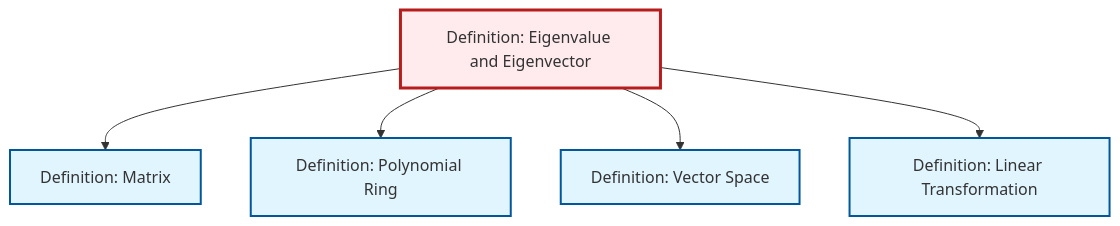
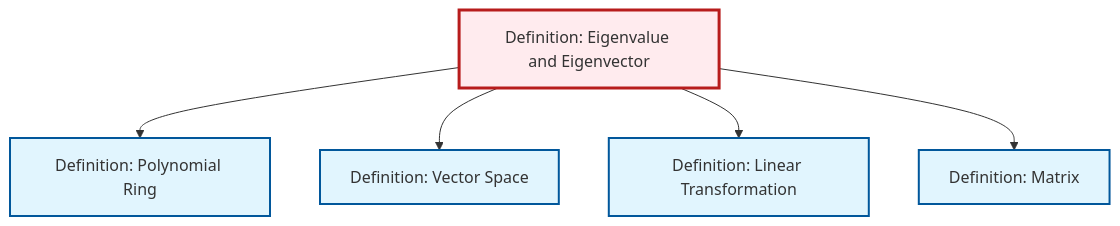
One commit to RK0429/ModernMath changed the diagram in content/en/algebra/def-eigenvalue-eigenvector.qmd. Above: the diagram before and after it, drawn with Mermaid. The commit also changed other lines of this file and 474 other files, not shown here.

````diff
--- a/content/en/algebra/def-eigenvalue-eigenvector.qmd
+++ b/content/en/algebra/def-eigenvalue-eigenvector.qmd
@@ -73,23 +73,23 @@
 ```{mermaid}
 %%| fig-cap: "Local dependency graph"
 graph TD
     classDef definition fill:#e1f5fe,stroke:#01579b,stroke-width:2px
     classDef theorem fill:#f3e5f5,stroke:#4a148c,stroke-width:2px
     classDef axiom fill:#fff3e0,stroke:#e65100,stroke-width:2px
     classDef example fill:#e8f5e9,stroke:#1b5e20,stroke-width:2px
     classDef current fill:#ffebee,stroke:#b71c1c,stroke-width:3px
+    def-polynomial-ring["Definition: Polynomial Ring"]:::definition
     def-linear-transformation["Definition: Linear Transformation"]:::definition
-    def-eigenvalue-eigenvector["Definition: Eigenvalue and Eigenvector"]:::definition
-    def-polynomial-ring["Definition: Polynomial Ring"]:::definition
     def-vector-space["Definition: Vector Space"]:::definition
     def-matrix["Definition: Matrix"]:::definition
-    def-eigenvalue-eigenvector --> def-matrix
+    def-eigenvalue-eigenvector["Definition: Eigenvalue and Eigenvector"]:::definition
     def-eigenvalue-eigenvector --> def-polynomial-ring
     def-eigenvalue-eigenvector --> def-vector-space
     def-eigenvalue-eigenvector --> def-linear-transformation
+    def-eigenvalue-eigenvector --> def-matrix
     class def-eigenvalue-eigenvector current
+    click def-polynomial-ring "def-polynomial-ring.html" "Go to Polynomial Ring definition"
     click def-linear-transformation "def-linear-transformation.html" "Go to Linear Transformation definition"
-    click def-polynomial-ring "def-polynomial-ring.html" "Go to Polynomial Ring definition"
     click def-vector-space "def-vector-space.html" "Go to Vector Space definition"
     click def-matrix "def-matrix.html" "Go to Matrix definition"
 ```
````
